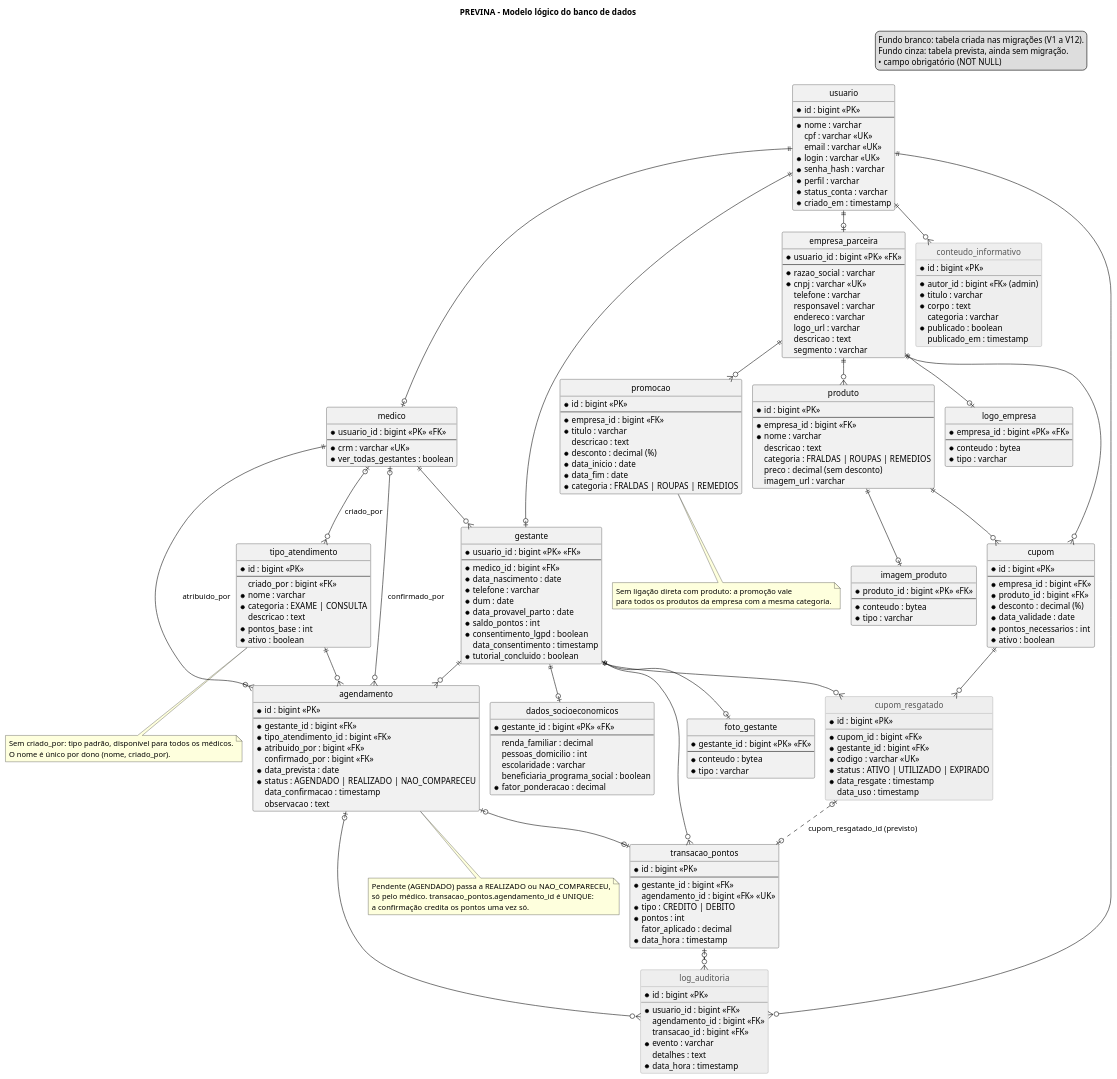
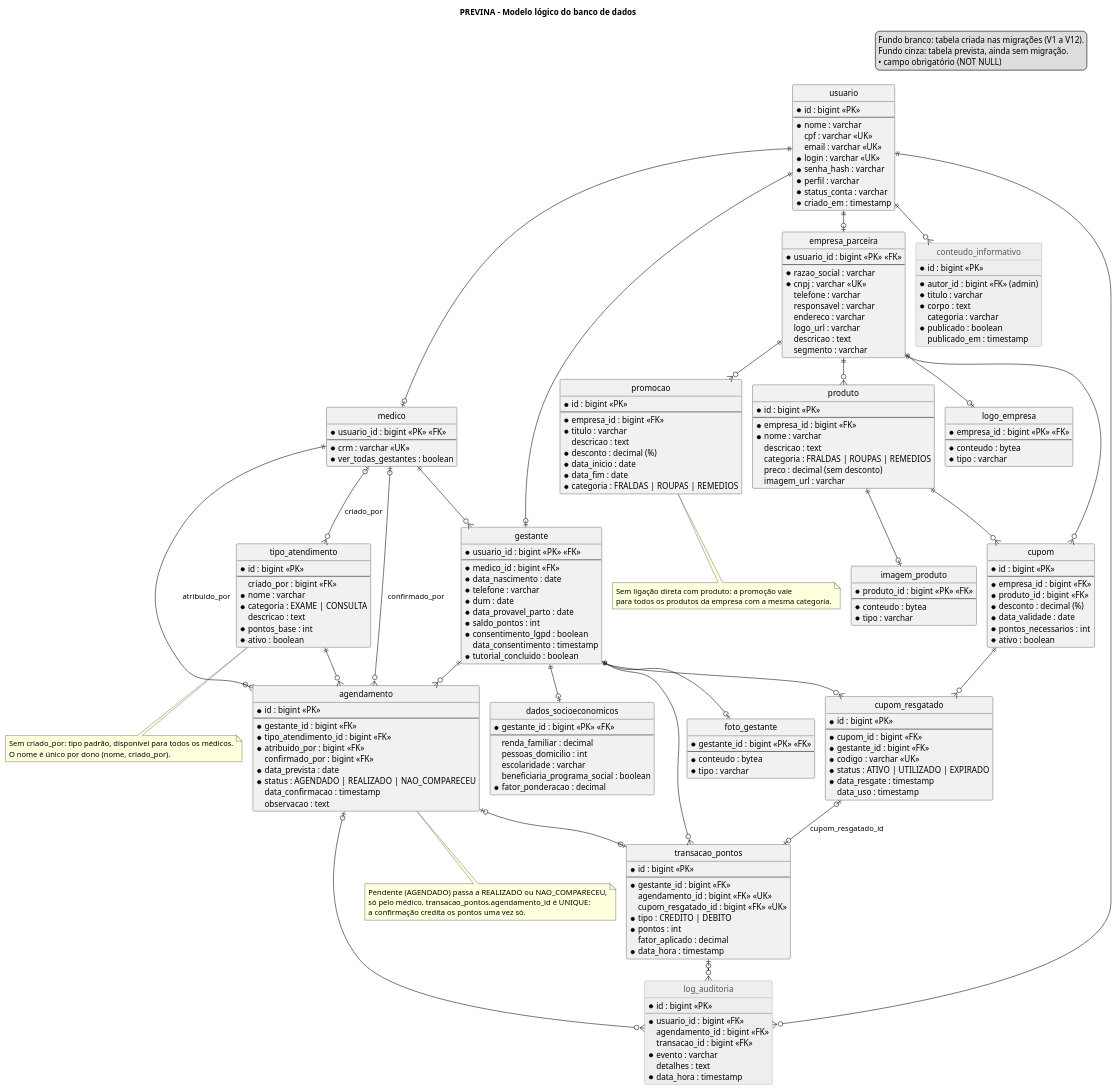
Before and after one commit to CozyShelf/previna-backend: the diagram in docs/domain/dominio/dominio.puml, drawn with PlantUML. The commit also changed 21 other files, not shown here.

```diff
--- a/docs/domain/dominio/dominio.puml
+++ b/docs/domain/dominio/dominio.puml
@@ -156,13 +156,14 @@
   --
   * gestante_id : bigint <<FK>>
   agendamento_id : bigint <<FK>> <<UK>>
+  cupom_resgatado_id : bigint <<FK>> <<UK>>
   * tipo : CREDITO | DEBITO
   * pontos : int
   fator_aplicado : decimal
   * data_hora : timestamp
 }
 
-entity cupom_resgatado <<previsto>> {
+entity cupom_resgatado {
   * id : bigint <<PK>>
   --
   * cupom_id : bigint <<FK>>
@@ -223,7 +224,7 @@
 
 gestante ||--o{ transacao_pontos
 agendamento |o--o| transacao_pontos
-cupom_resgatado |o..o| transacao_pontos : cupom_resgatado_id (previsto)
+cupom_resgatado |o--o| transacao_pontos : cupom_resgatado_id
 agendamento |o--o{ log_auditoria
 transacao_pontos |o--o{ log_auditoria
 
```
